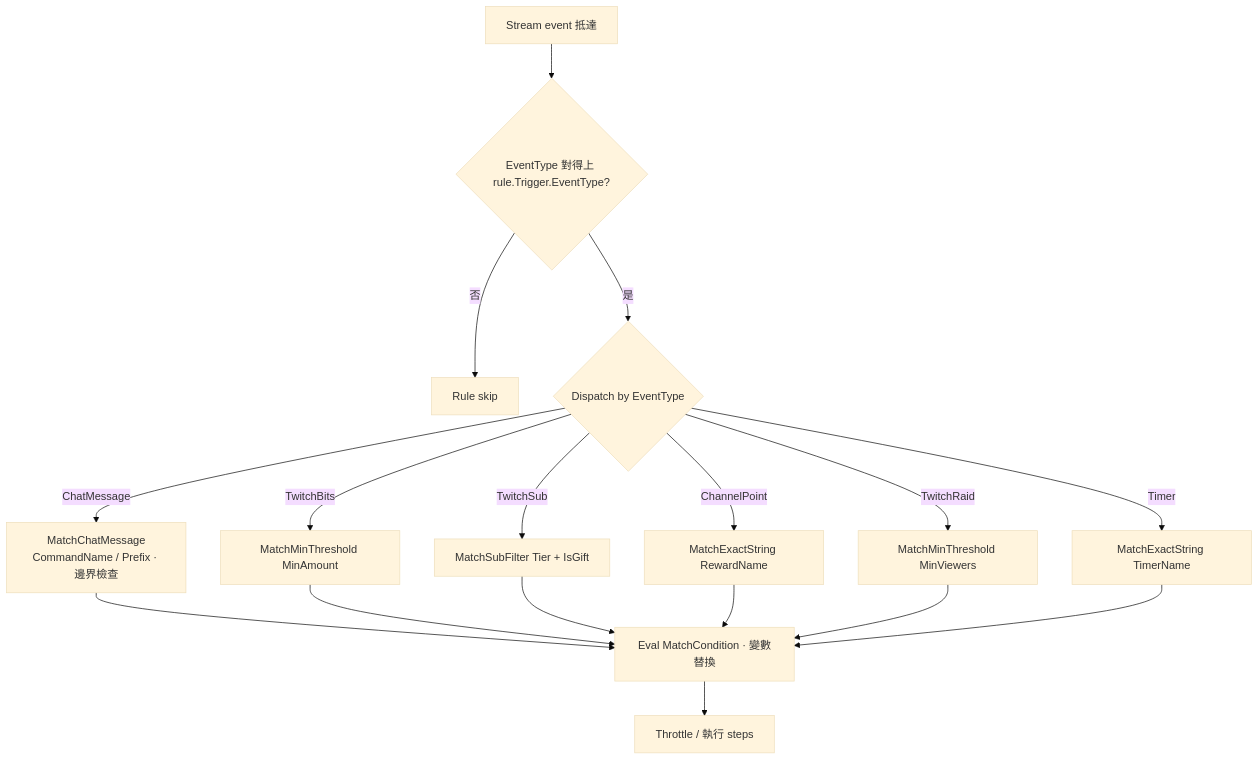
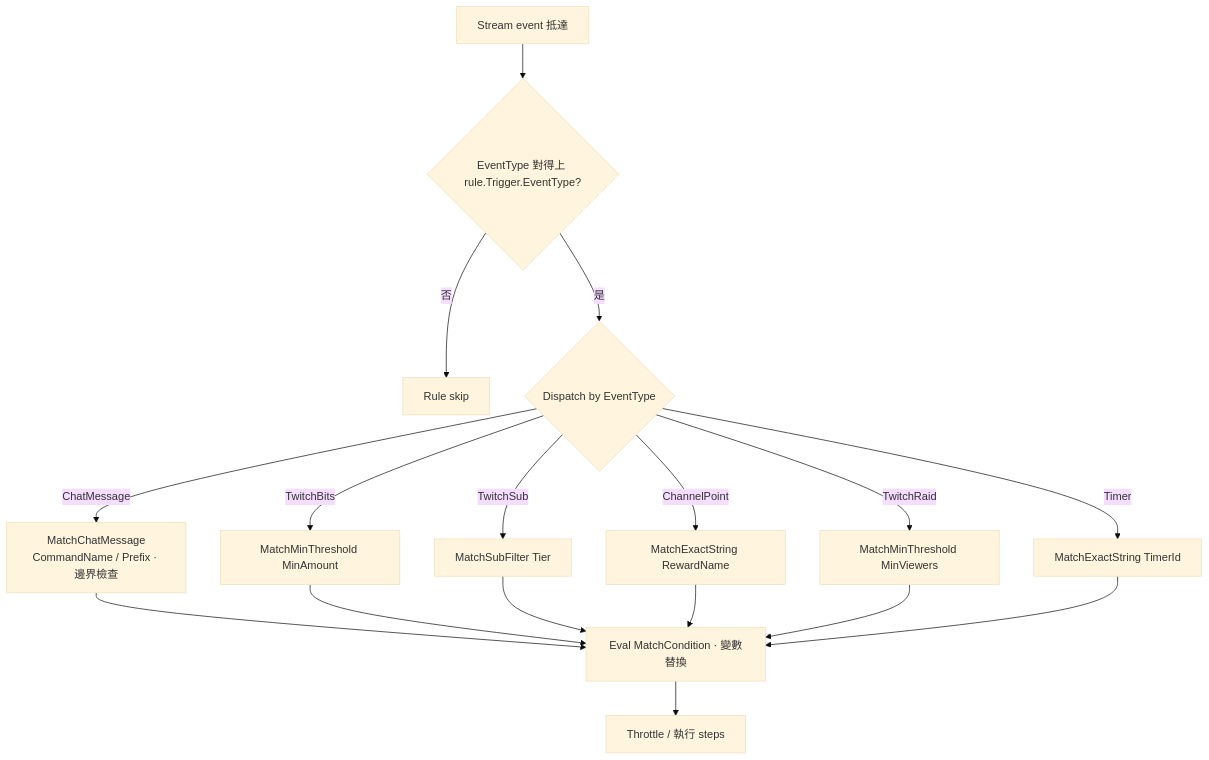
The second of 3 diagrams in docs/zh-TW/specs/workflow-rule-design-comparison.md (lydek/Vulperonex), drawn with Mermaid (base theme) before and after one commit. The commit also changed other lines of this file and 8 other files, not shown here.

````diff
--- a/docs/zh-TW/specs/workflow-rule-design-comparison.md
+++ b/docs/zh-TW/specs/workflow-rule-design-comparison.md
@@ -94,19 +94,19 @@
 ```mermaid
 flowchart TD
     A[Stream event 抵達] --> B{EventType 對得上 rule.Trigger.EventType?}
     B -- 否 --> X[Rule skip]
     B -- 是 --> C{Dispatch by EventType}
     C -->|ChatMessage| D1[MatchChatMessage<br/>CommandName / Prefix · 邊界檢查]
     C -->|TwitchBits| D2[MatchMinThreshold MinAmount]
-    C -->|TwitchSub| D3[MatchSubFilter Tier + IsGift]
+    C -->|TwitchSub| D3[MatchSubFilter Tier]
     C -->|ChannelPoint| D4[MatchExactString RewardName]
     C -->|TwitchRaid| D5[MatchMinThreshold MinViewers]
-    C -->|Timer| D6[MatchExactString TimerName]
+    C -->|Timer| D6[MatchExactString TimerId]
     D1 --> E[Eval MatchCondition · 變數替換]
     D2 --> E
     D3 --> E
     D4 --> E
     D5 --> E
     D6 --> E
     E --> H[Throttle / 執行 steps]
 ```
````
